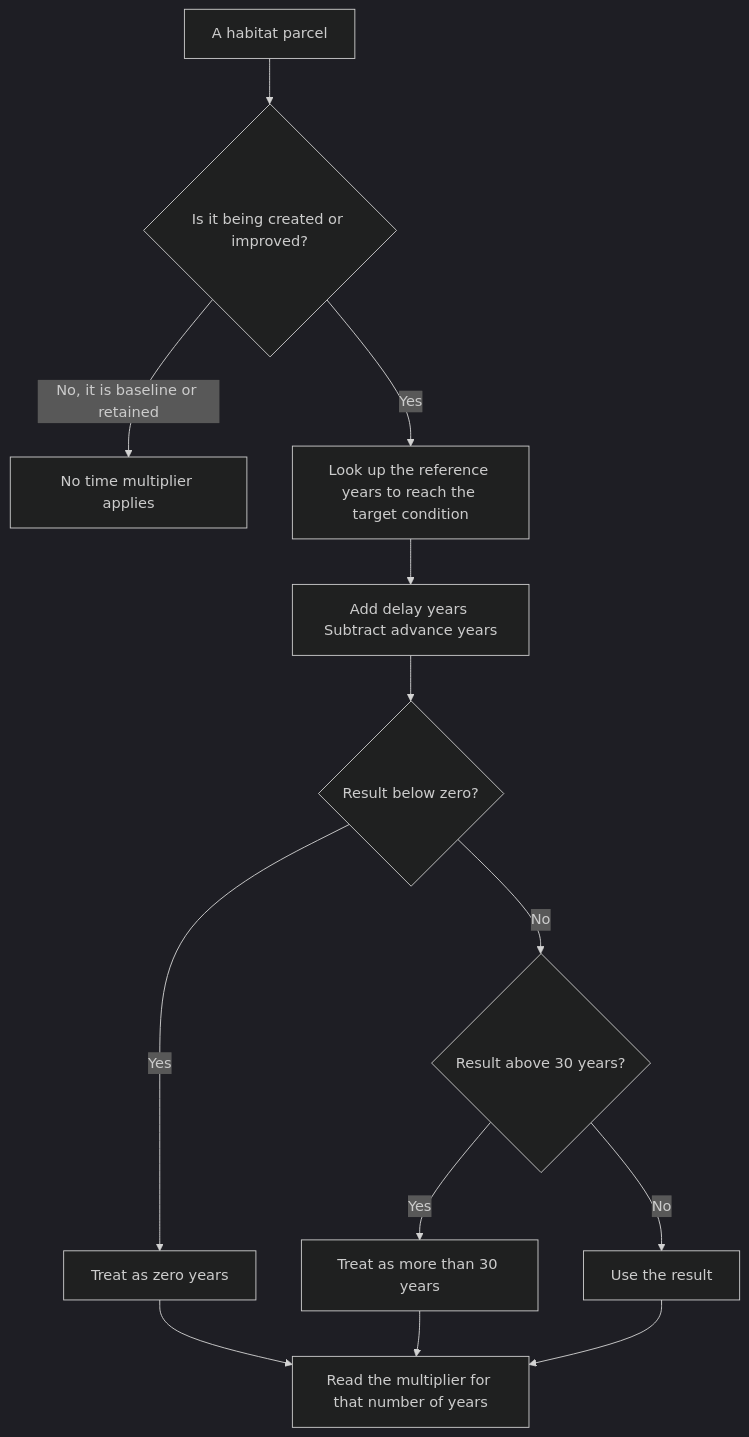
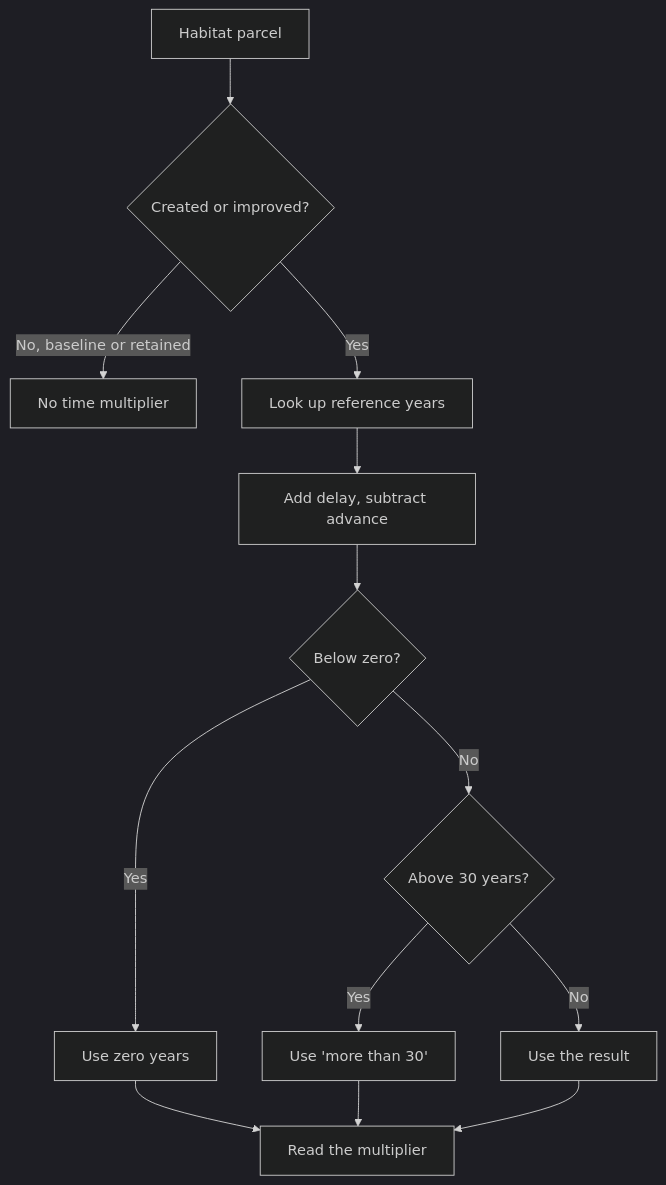
Before and after one commit to DEFRA/bng-metric-harness: the first of 2 diagrams in docs/rules-engine-explained.md, drawn with Mermaid (dark theme). The commit also changed other lines of this file and 2 other files, not shown here.

Commit message:
Make the printed diagrams smaller by fixing the real constraint
The height caps were the wrong lever. These flowcharts are constrained by
width, not height — one node label ran to 79 characters — so max-height
never fired and lowering it twice achieved little.

Cause was self-inflicted: the <br/> tags were stripped from the labels so
the mermaid source would read cleanly in Confluence, where it renders as a
code block. That turned every label into a single long line and made the
diagrams far wider than they needed to be.

Fixed at the source by shortening the labels — longest is now 29 characters,
down from 79 — which makes the diagrams narrower and, incidentally, easier
to follow. "Already at poor condition?" says what "Is this a created habitat
with enough advance to have reached poor condition?" said; the prose beside
it carries the detail. No <br/> reintroduced.

Print CSS now caps diagram width at 72% of the measure, which is what
actually shrinks a wide diagram; the height cap stays as a backstop for
unusually tall ones.

output-spec.md records the 30-character label limit and why, so a
regeneration does not quietly restore the long ones.

````diff
--- a/docs/rules-engine-explained.md
+++ b/docs/rules-engine-explained.md
@@ -184,15 +184,15 @@
 ```mermaid
 flowchart TD
-    A[A habitat parcel] --> B{Is it being created or improved?}
-    B -->|No, it is baseline or retained| C[No time multiplier applies]
-    B -->|Yes| D[Look up the reference years to reach the target condition]
-    D --> E[Add delay years Subtract advance years]
-    E --> F{Result below zero?}
-    F -->|Yes| G[Treat as zero years]
-    F -->|No| H{Result above 30 years?}
-    H -->|Yes| I[Treat as more than 30 years]
+    A[Habitat parcel] --> B{Created or improved?}
+    B -->|No, baseline or retained| C[No time multiplier]
+    B -->|Yes| D[Look up reference years]
+    D --> E[Add delay, subtract advance]
+    E --> F{Below zero?}
+    F -->|Yes| G[Use zero years]
+    F -->|No| H{Above 30 years?}
+    H -->|Yes| I[Use 'more than 30']
     H -->|No| J[Use the result]
-    G --> K[Read the multiplier for that number of years]
+    G --> K[Read the multiplier]
     I --> K
     J --> K
 ```
````
